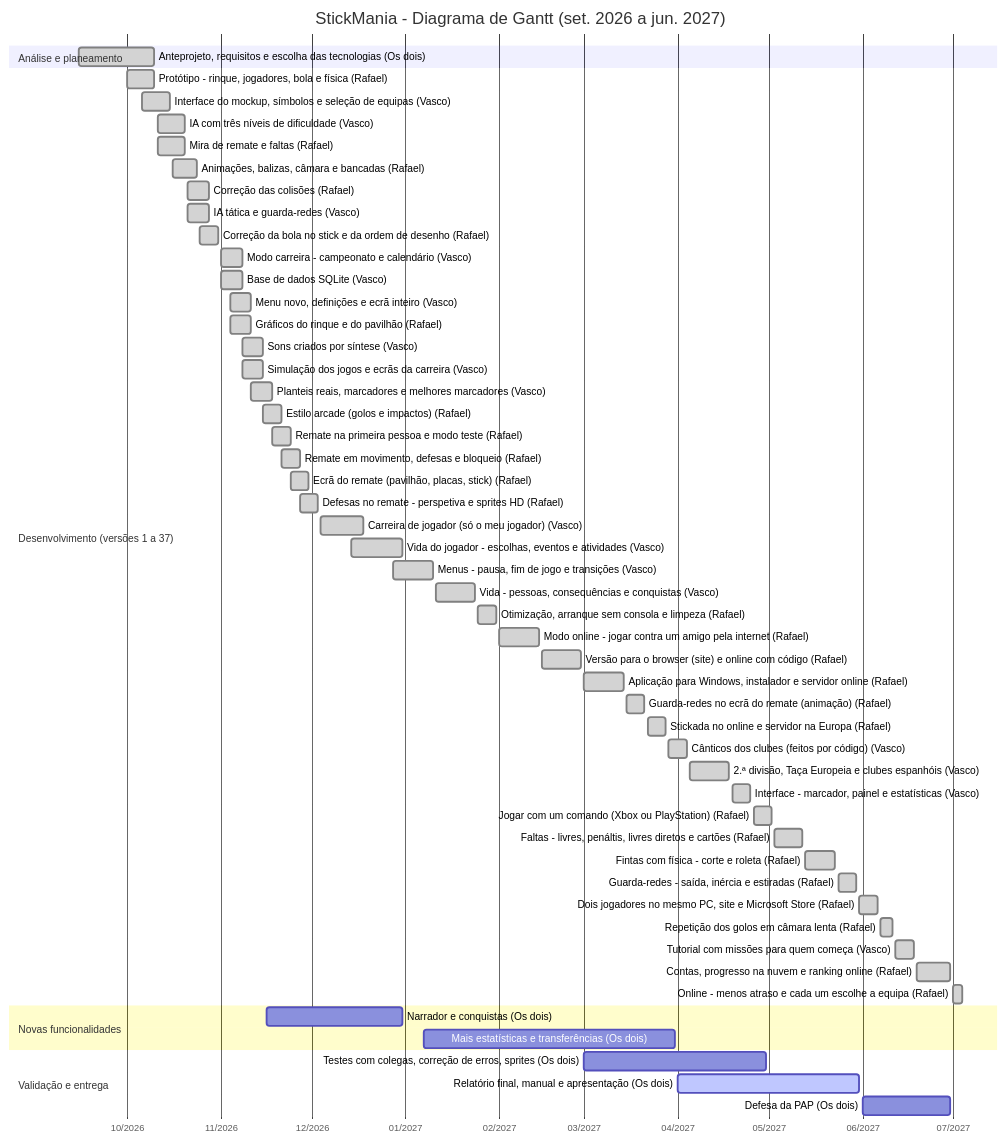
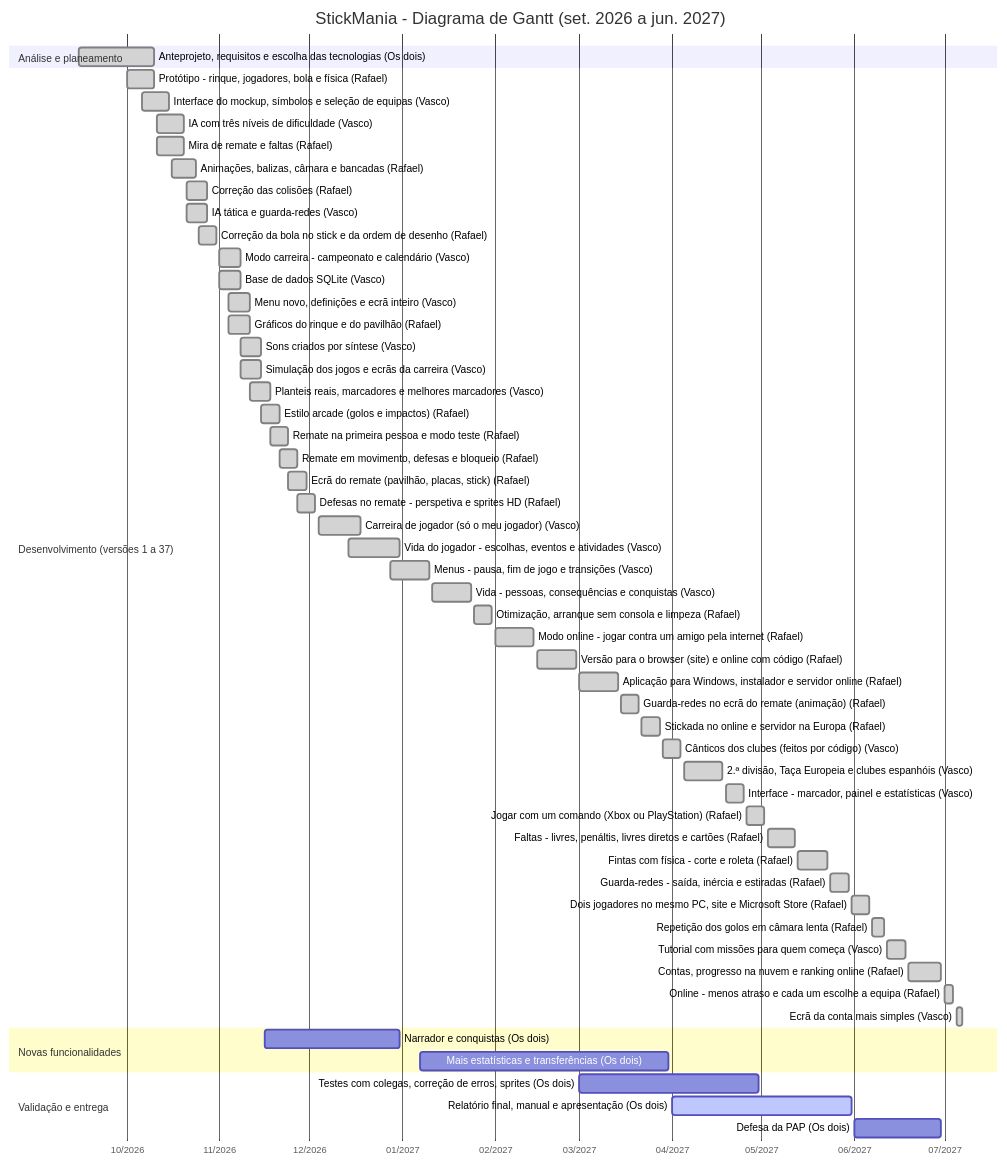
Before and after one commit to RafaelSilveira23/Stickmaniapap: the diagram in docs/GANTT.md, drawn with Mermaid. The commit also changed other lines of this file and 12 other files, not shown here.

First line of the commit message:
Ecra da conta mais simples: separadores Criar conta / Ja tenho conta e regras verificadas ao escrever

````diff
--- a/docs/GANTT.md
+++ b/docs/GANTT.md
@@ -13,60 +13,61 @@
 ```mermaid
 gantt
     title StickMania - Diagrama de Gantt (set. 2026 a jun. 2027)
     dateFormat YYYY-MM-DD
     axisFormat %m/%Y
     tickInterval 1month
     todayMarker off
     section Análise e planeamento
     Anteprojeto, requisitos e escolha das tecnologias (Os dois) :done, t1, 2026-09-15, 2026-10-10
     section Desenvolvimento (versões 1 a 37)
     Protótipo - rinque, jogadores, bola e física (Rafael) :done, t2, 2026-10-01, 2026-10-10
     Interface do mockup, símbolos e seleção de equipas (Vasco) :done, t3, 2026-10-06, 2026-10-15
     IA com três níveis de dificuldade (Vasco) :done, t4, 2026-10-11, 2026-10-20
     Mira de remate e faltas (Rafael) :done, t5, 2026-10-11, 2026-10-20
     Animações, balizas, câmara e bancadas (Rafael) :done, t6, 2026-10-16, 2026-10-24
     Correção das colisões (Rafael) :done, t7, 2026-10-21, 2026-10-28
     IA tática e guarda-redes (Vasco) :done, t8, 2026-10-21, 2026-10-28
     Correção da bola no stick e da ordem de desenho (Rafael) :done, t9, 2026-10-25, 2026-10-31
     Modo carreira - campeonato e calendário (Vasco) :done, t10, 2026-11-01, 2026-11-08
     Base de dados SQLite (Vasco) :done, t11, 2026-11-01, 2026-11-08
     Menu novo, definições e ecrã inteiro (Vasco) :done, t12, 2026-11-04, 2026-11-11
     Gráficos do rinque e do pavilhão (Rafael) :done, t13, 2026-11-04, 2026-11-11
     Sons criados por síntese (Vasco) :done, t14, 2026-11-08, 2026-11-15
     Simulação dos jogos e ecrãs da carreira (Vasco) :done, t15, 2026-11-08, 2026-11-15
     Planteis reais, marcadores e melhores marcadores (Vasco) :done, t16, 2026-11-11, 2026-11-18
     Estilo arcade (golos e impactos) (Rafael) :done, t17, 2026-11-15, 2026-11-21
     Remate na primeira pessoa e modo teste (Rafael) :done, t18, 2026-11-18, 2026-11-24
     Remate em movimento, defesas e bloqueio (Rafael) :done, t19, 2026-11-21, 2026-11-27
     Ecrã do remate (pavilhão, placas, stick) (Rafael) :done, t20, 2026-11-24, 2026-11-30
     Defesas no remate - perspetiva e sprites HD (Rafael) :done, t21, 2026-11-27, 2026-12-03
     Carreira de jogador (só o meu jogador) (Vasco) :done, t22, 2026-12-04, 2026-12-18
     Vida do jogador - escolhas, eventos e atividades (Vasco) :done, t23, 2026-12-14, 2026-12-31
     Menus - pausa, fim de jogo e transições (Vasco) :done, t24, 2026-12-28, 2027-01-10
     Vida - pessoas, consequências e conquistas (Vasco) :done, t25, 2027-01-11, 2027-01-24
     Otimização, arranque sem consola e limpeza (Rafael) :done, t26, 2027-01-25, 2027-01-31
     Modo online - jogar contra um amigo pela internet (Rafael) :done, t27, 2027-02-01, 2027-02-14
     Versão para o browser (site) e online com código (Rafael) :done, t28, 2027-02-15, 2027-02-28
     Aplicação para Windows, instalador e servidor online (Rafael) :done, t29, 2027-03-01, 2027-03-14
     Guarda-redes no ecrã do remate (animação) (Rafael) :done, t30, 2027-03-15, 2027-03-21
     Stickada no online e servidor na Europa (Rafael) :done, t31, 2027-03-22, 2027-03-28
     Cânticos dos clubes (feitos por código) (Vasco) :done, t32, 2027-03-29, 2027-04-04
     2.ª divisão, Taça Europeia e clubes espanhóis (Vasco) :done, t33, 2027-04-05, 2027-04-18
     Interface - marcador, painel e estatísticas (Vasco) :done, t34, 2027-04-19, 2027-04-25
     Jogar com um comando (Xbox ou PlayStation) (Rafael) :done, t35, 2027-04-26, 2027-05-02
     Faltas - livres, penáltis, livres diretos e cartões (Rafael) :done, t36, 2027-05-03, 2027-05-12
     Fintas com física - corte e roleta (Rafael) :done, t37, 2027-05-13, 2027-05-23
     Guarda-redes - saída, inércia e estiradas (Rafael) :done, t38, 2027-05-24, 2027-05-30
     Dois jogadores no mesmo PC, site e Microsoft Store (Rafael) :done, t39, 2027-05-31, 2027-06-06
     Repetição dos golos em câmara lenta (Rafael) :done, t40, 2027-06-07, 2027-06-11
     Tutorial com missões para quem começa (Vasco) :done, t41, 2027-06-12, 2027-06-18
     Contas, progresso na nuvem e ranking online (Rafael) :done, t42, 2027-06-19, 2027-06-30
     Online - menos atraso e cada um escolhe a equipa (Rafael) :done, t43, 2027-07-01, 2027-07-04
+    Ecrã da conta mais simples (Vasco) :done, t44, 2027-07-05, 2027-07-07
     section Novas funcionalidades
-    Narrador e conquistas (Os dois) :t44, 2026-11-16, 2026-12-31
-    Mais estatísticas e transferências (Os dois) :t45, 2027-01-07, 2027-03-31
+    Narrador e conquistas (Os dois) :t45, 2026-11-16, 2026-12-31
+    Mais estatísticas e transferências (Os dois) :t46, 2027-01-07, 2027-03-31
     section Validação e entrega
-    Testes com colegas, correção de erros, sprites (Os dois) :t46, 2027-03-01, 2027-04-30
-    Relatório final, manual e apresentação (Os dois) :active, t47, 2027-04-01, 2027-05-31
-    Defesa da PAP (Os dois) :t48, 2027-06-01, 2027-06-30
+    Testes com colegas, correção de erros, sprites (Os dois) :t47, 2027-03-01, 2027-04-30
+    Relatório final, manual e apresentação (Os dois) :active, t48, 2027-04-01, 2027-05-31
+    Defesa da PAP (Os dois) :t49, 2027-06-01, 2027-06-30
 ```
````
